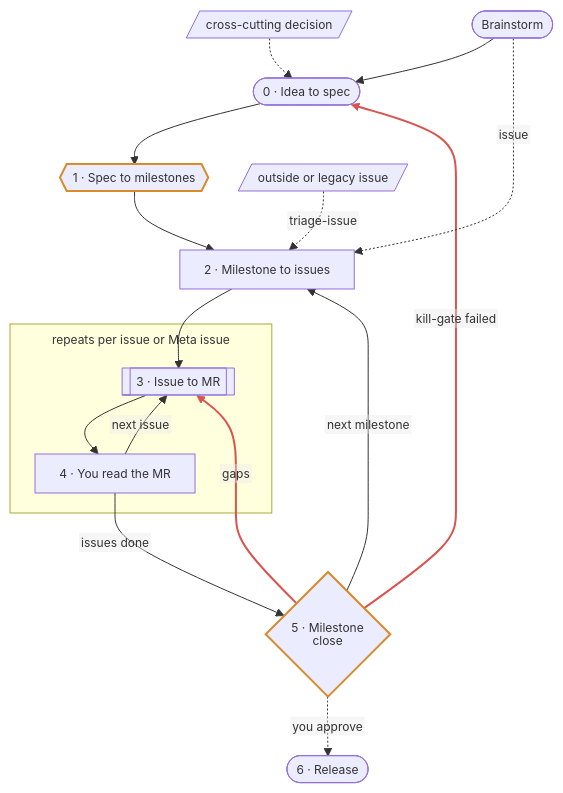
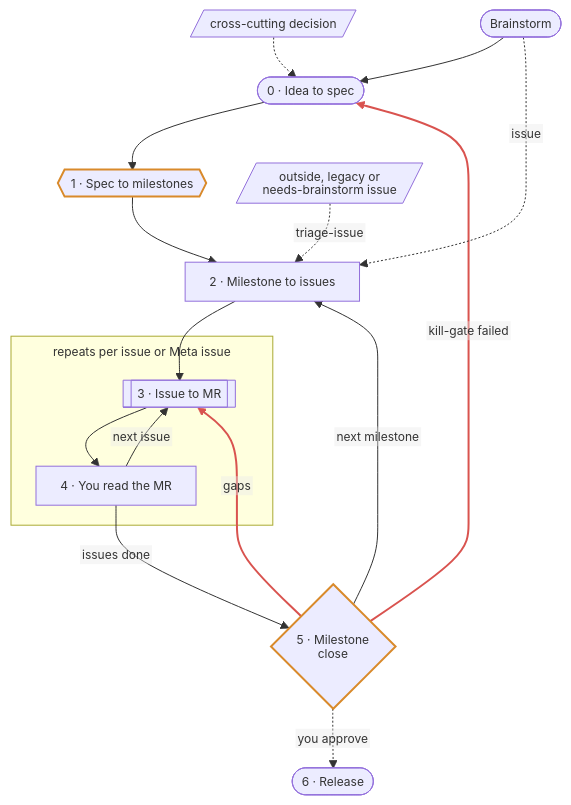
The diagram in skills/ask-team/WORKFLOW.md (nshopik/dream-team), drawn with Mermaid before and after one commit. The commit also changed other lines of this file and 8 other files, not shown here.

First line of the commit message:
skills: add the needs-brainstorm label

````diff
--- a/skills/ask-team/WORKFLOW.md
+++ b/skills/ask-team/WORKFLOW.md
@@ -3,23 +3,23 @@
 ```mermaid
 %%{init: {"htmlLabels": false, "themeVariables": {"fontSize": "12px"}, "flowchart": {"htmlLabels": false, "curve": "basis", "nodeSpacing": 30, "rankSpacing": 40, "diagramPadding": 8, "padding": 12, "subGraphTitleMargin": {"top": 8, "bottom": 16}}}}%%
 flowchart TD
   xcut[/cross-cutting decision/] -.-> S0
   S0(["0 · Idea to spec"]) --> S1{{"1 · Spec to milestones"}}
   S1 --> S2["2 · Milestone to issues"]
-  bug[/outside or legacy issue/] -.->|triage-issue| S2
+  bug[/outside, legacy or<br/>needs-brainstorm issue/] -.->|triage-issue| S2
   S2 --> S3
   subgraph loop ["repeats per issue or Meta issue"]
     S3[["3 · Issue to MR"]] --> S4["4 · You read the MR"]
     S4 -->|next issue| S3
   end
   S4 -->|issues done| S5{"5 · Milestone<br/>close"}
   S5 -->|next milestone| S2
   S5 -->|gaps| S3
   S5 -->|kill-gate failed| S0
   S5 -.->|you approve| S6(["6 · Release"])
   SI(["Brainstorm"]) --> S0
   SI -.->|issue| S2
   classDef gate stroke:#d98a2b,stroke-width:2px
   class S1,S5 gate
   linkStyle 9,10 stroke:#d9534f,stroke-width:2px
 ```
````
